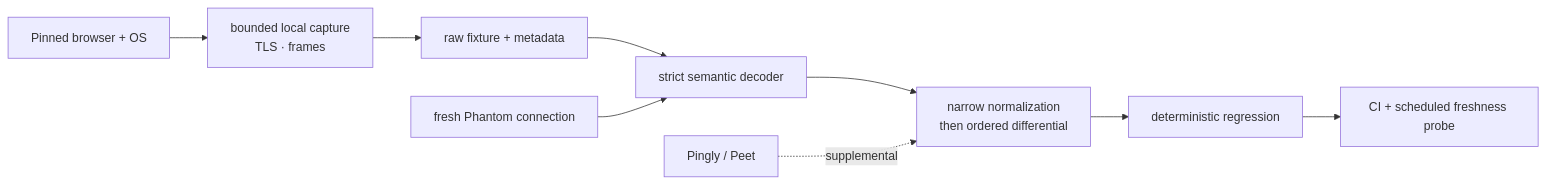
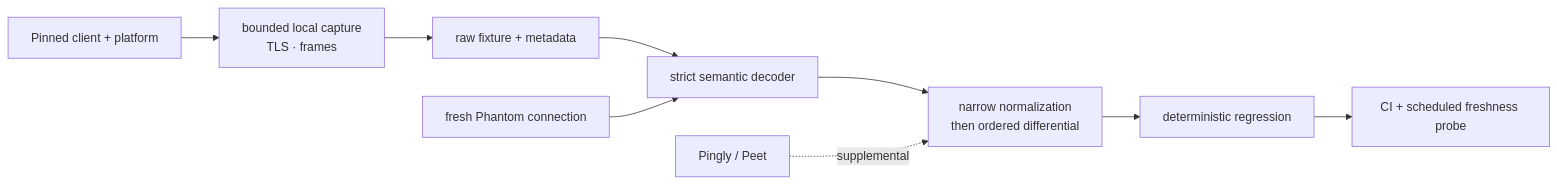
One commit to bywayhq/phantom changed the third of 3 diagrams in docs/architecture.md. Above: the diagram before and after it, drawn with Mermaid. The commit also changed other lines of this file and 6 other files, not shown here.

````diff
--- a/docs/architecture.md
+++ b/docs/architecture.md
@@ -134,11 +144,11 @@
 ```mermaid
 flowchart LR
-    Browser["Pinned browser + OS"] --> Capture["bounded local capture<br/>TLS · frames"]
+    Client["Pinned client + platform"] --> Capture["bounded local capture<br/>TLS · frames"]
     Capture --> Fixture["raw fixture + metadata"]
     Fixture --> Decode["strict semantic decoder"]
     Phantom["fresh Phantom connection"] --> Decode
     Decode --> Diff["narrow normalization<br/>then ordered differential"]
     Diff --> Tests["deterministic regression"]
     Tests --> CI["CI + scheduled freshness probe"]
     Live["Pingly / Peet"] -. supplemental .-> Diff
 ```
````
